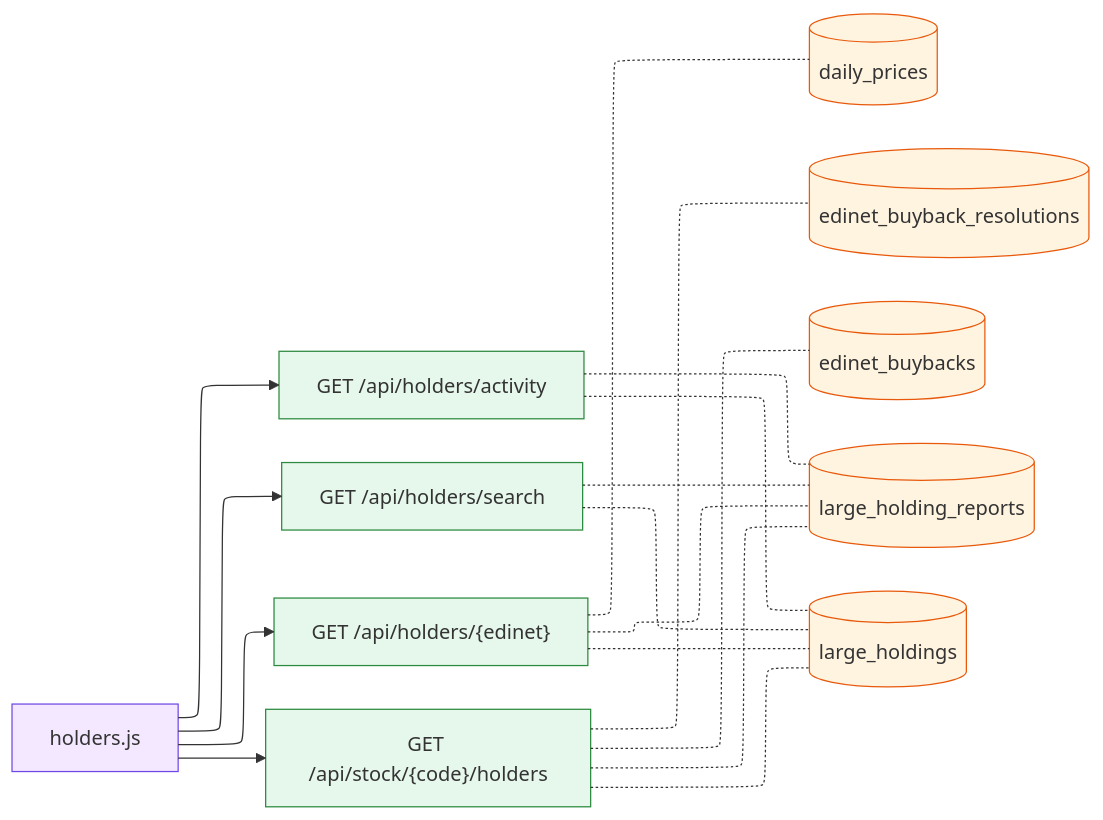
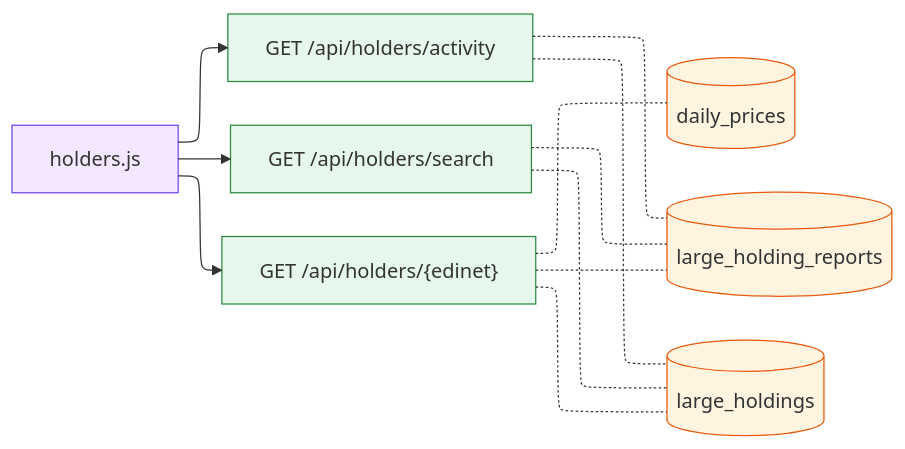
One commit to pekumirui/stock-analyzer changed the diagram in docs/screen/gen/holders.md. Above: the diagram before and after it, drawn with Mermaid. The commit also changed other lines of this file and 46 other files, not shown here.

Commit message:
improve(KAB-621): パンくずリストを消し、画面遷移図を JS の呼び出しから作り直す (#1827)

````diff
--- a/docs/screen/gen/holders.md
+++ b/docs/screen/gen/holders.md
@@ -16,35 +16,27 @@
 ```mermaid
 ---
 config:
   layout: elk
 ---
 flowchart LR
   n0["holders.js"]:::js
   n1["GET /api/holders/activity"]:::api
   n2["GET /api/holders/search"]:::api
   n3["GET /api/holders/{edinet}"]:::api
-  n4["GET /api/stock/{code}/holders"]:::api
-  n5[("daily_prices")]:::tbl
-  n6[("edinet_buyback_resolutions")]:::tbl
-  n7[("edinet_buybacks")]:::tbl
-  n8[("large_holding_reports")]:::tbl
-  n9[("large_holdings")]:::tbl
+  n4[("daily_prices")]:::tbl
+  n5[("large_holding_reports")]:::tbl
+  n6[("large_holdings")]:::tbl
   n0 --> n1
-  n1 -.- n8
-  n1 -.- n9
+  n1 -.- n5
+  n1 -.- n6
   n0 --> n2
-  n2 -.- n8
-  n2 -.- n9
+  n2 -.- n5
+  n2 -.- n6
   n0 --> n3
+  n3 -.- n4
   n3 -.- n5
-  n3 -.- n8
-  n3 -.- n9
-  n0 --> n4
-  n4 -.- n6
-  n4 -.- n7
-  n4 -.- n8
-  n4 -.- n9
+  n3 -.- n6
   classDef js fill:#f3e8ff,stroke:#7048e8
   classDef api fill:#e6f7ec,stroke:#2b8a3e
   classDef tbl fill:#fff4e0,stroke:#e8590c
 ```
````
